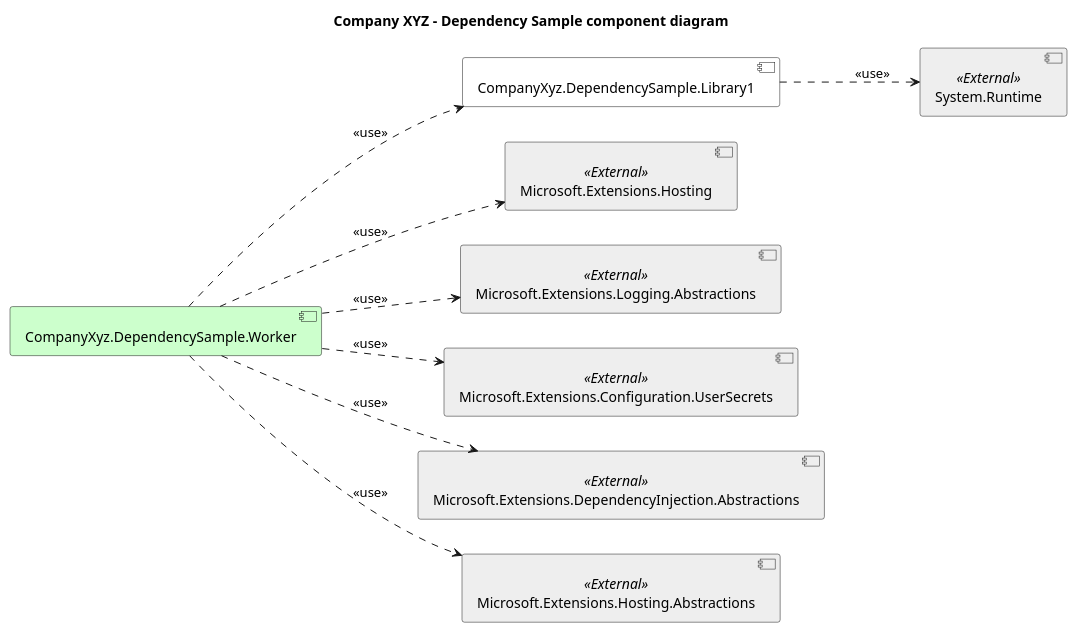
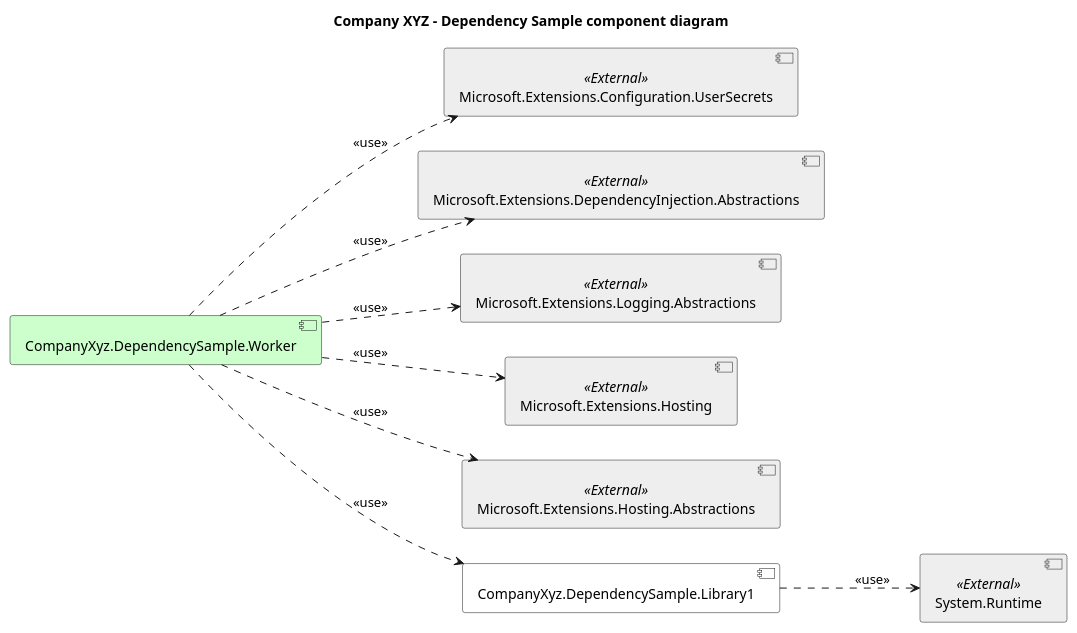
One commit to sgryphon/dotnet-dependency-graph changed the diagram in sample/docs/dotnet-dependencies-CompanyXyz.puml. Above: the diagram before and after it, drawn with PlantUML. The commit also changed other lines of this file and 5 other files, not shown here.

Commit message:
Better output order for layout; add sample diagrams

```diff
--- a/sample/docs/dotnet-dependencies-CompanyXyz.puml
+++ b/sample/docs/dotnet-dependencies-CompanyXyz.puml
@@ -1,25 +1,25 @@
 @startuml
 
 title Company XYZ - Dependency Sample component diagram
 
 left to right direction
 
-component [CompanyXyz.DependencySample.Worker]  #ccffcc
+component [Microsoft.Extensions.Configuration.UserSecrets] <<External>> #eeeeee
+component [Microsoft.Extensions.DependencyInjection.Abstractions] <<External>> #eeeeee
+component [System.Runtime] <<External>> #eeeeee
+component [Microsoft.Extensions.Logging.Abstractions] <<External>> #eeeeee
+component [Microsoft.Extensions.Hosting] <<External>> #eeeeee
+component [Microsoft.Extensions.Hosting.Abstractions] <<External>> #eeeeee
 component [CompanyXyz.DependencySample.Library1]  #ffffff
 
-component [Microsoft.Extensions.Hosting] <<External>> #eeeeee
-component [System.Runtime] <<External>> #eeeeee
-component [Microsoft.Extensions.Logging.Abstractions] <<External>> #eeeeee
-component [Microsoft.Extensions.Configuration.UserSecrets] <<External>> #eeeeee
-component [Microsoft.Extensions.DependencyInjection.Abstractions] <<External>> #eeeeee
-component [Microsoft.Extensions.Hosting.Abstractions] <<External>> #eeeeee
+component [CompanyXyz.DependencySample.Worker]  #ccffcc
 
-[CompanyXyz.DependencySample.Worker] ..> [Microsoft.Extensions.Hosting] : <<use>>
+[CompanyXyz.DependencySample.Worker] ..> [Microsoft.Extensions.Configuration.UserSecrets] : <<use>>
+[CompanyXyz.DependencySample.Worker] ..> [Microsoft.Extensions.DependencyInjection.Abstractions] : <<use>>
 [CompanyXyz.DependencySample.Library1] ..> [System.Runtime] : <<use>>
 [CompanyXyz.DependencySample.Worker] ..> [Microsoft.Extensions.Logging.Abstractions] : <<use>>
-[CompanyXyz.DependencySample.Worker] ..> [Microsoft.Extensions.Configuration.UserSecrets] : <<use>>
-[CompanyXyz.DependencySample.Worker] ..> [Microsoft.Extensions.DependencyInjection.Abstractions] : <<use>>
+[CompanyXyz.DependencySample.Worker] ..> [Microsoft.Extensions.Hosting] : <<use>>
+[CompanyXyz.DependencySample.Worker] ..> [Microsoft.Extensions.Hosting.Abstractions] : <<use>>
 [CompanyXyz.DependencySample.Worker] ..> [CompanyXyz.DependencySample.Library1] : <<use>>
-[CompanyXyz.DependencySample.Worker] ..> [Microsoft.Extensions.Hosting.Abstractions] : <<use>>
 
 @enduml
```
